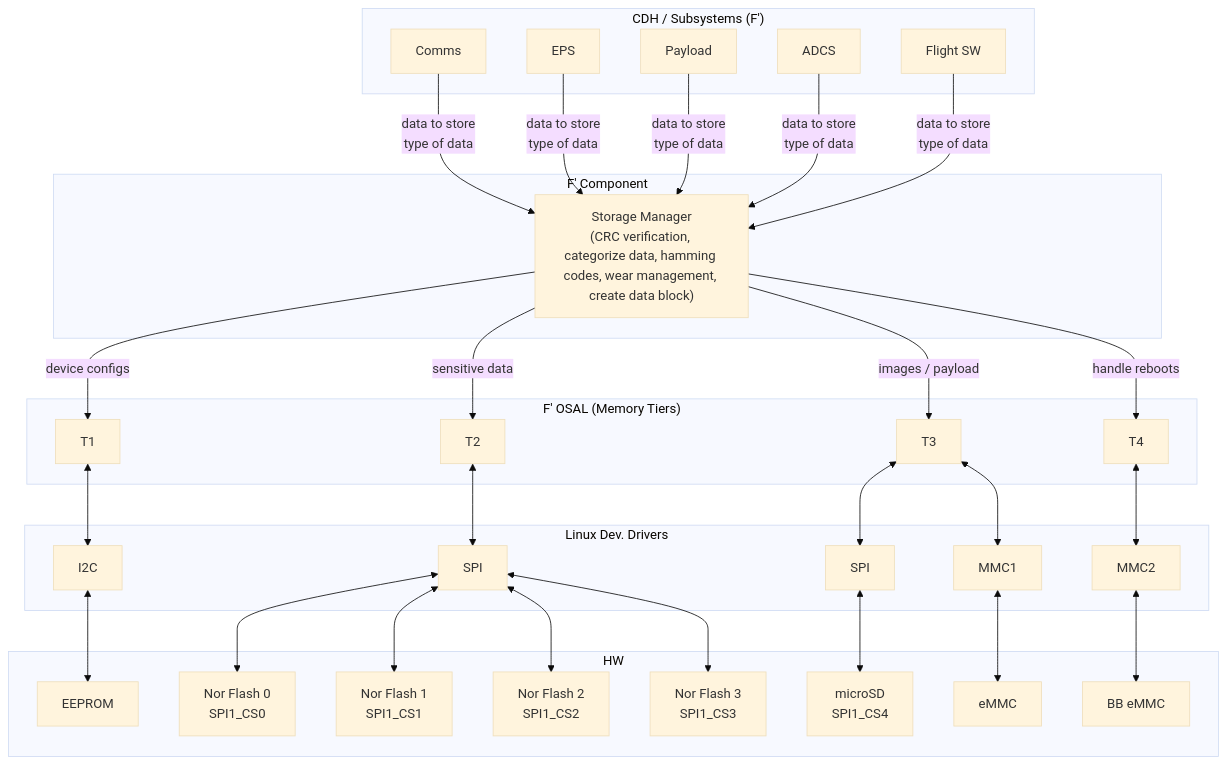
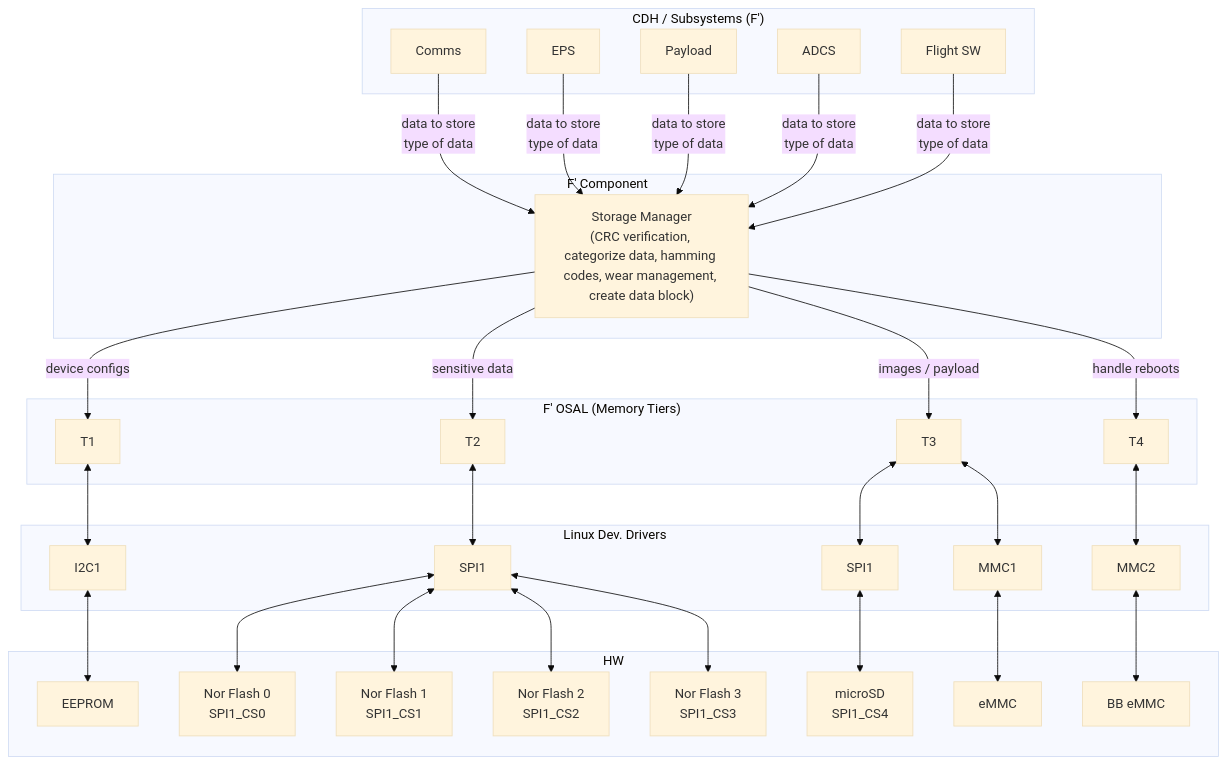
One commit to UWCubeSat/hs2-software-design changed the third of 3 diagrams in docs/Core/FlightComputerMemory.md. Above: the diagram before and after it, drawn with Mermaid (base theme).

````diff
--- a/docs/Core/FlightComputerMemory.md
+++ b/docs/Core/FlightComputerMemory.md
@@ -59,70 +59,70 @@
 ```mermaid
 graph TD
     subgraph CDH_Subsystems ["CDH / Subsystems (F')"]
         Comms[Comms]
         EPS[EPS]
         Payload[Payload]
         ADCS[ADCS]
         FlightSW[Flight SW]
     end
 
     subgraph F_Component ["F' Component"]
         StorageManager["Storage Manager<br/>(CRC verification, categorize data, hamming codes, wear management, create data block)"]
     end
 
     subgraph F_OSAL ["F' OSAL (Memory Tiers)"]
         T1_Interface[T1]
         T2_Interface[T2]
         T3_Interface[T3]
         T4_Interface[T4]
     end
 
     subgraph Linux_Drivers ["Linux Dev. Drivers"]
-        I2C[I2C]
-        SPI1[SPI]
-        SPI2[SPI]
+        I2C[I2C1]
+        SPI1[SPI1]
+        SPI2[SPI1]
         MMC1[MMC1]
         MMC2[MMC2]
     end
 
     subgraph HW ["HW"]
         EEPROM_HW[EEPROM]
         NOR0_HW[Nor Flash 0<br/>SPI1_CS0]
         NOR1_HW[Nor Flash 1<br/>SPI1_CS1]
         NOR2_HW[Nor Flash 2<br/>SPI1_CS2]
         NOR3_HW[Nor Flash 3<br/>SPI1_CS3]
         microSD_HW[microSD<br/>SPI1_CS4]
         eMMC_HW[eMMC]
         BB_eMMC_HW[BB eMMC]
     end
 
     %% Data Flow - CDH Subsystems to Storage Manager
     Comms -->|data to store<br/>type of data| StorageManager
     EPS -->|data to store<br/>type of data| StorageManager
     Payload -->|data to store<br/>type of data| StorageManager
     ADCS -->|data to store<br/>type of data| StorageManager
     FlightSW -->|data to store<br/>type of data| StorageManager
     
     %% Storage Manager to Tiers
     StorageManager -- "device configs" --> T1_Interface
     StorageManager -- "sensitive data" --> T2_Interface
     StorageManager -- "images / payload" --> T3_Interface
     StorageManager -- "handle reboots" --> T4_Interface
 
     %% Interfaces to Drivers
     T1_Interface <--> I2C
     T2_Interface <--> SPI1
     T3_Interface <--> SPI2
     T3_Interface <--> MMC1
     T4_Interface <--> MMC2
 
     %% Drivers to HW
     I2C <--> EEPROM_HW
     SPI1 <--> NOR0_HW
     SPI1 <--> NOR1_HW
     SPI1 <--> NOR2_HW
     SPI1 <--> NOR3_HW
     SPI2 <--> microSD_HW
     MMC1 <--> eMMC_HW
     MMC2 <--> BB_eMMC_HW
 ```
````
